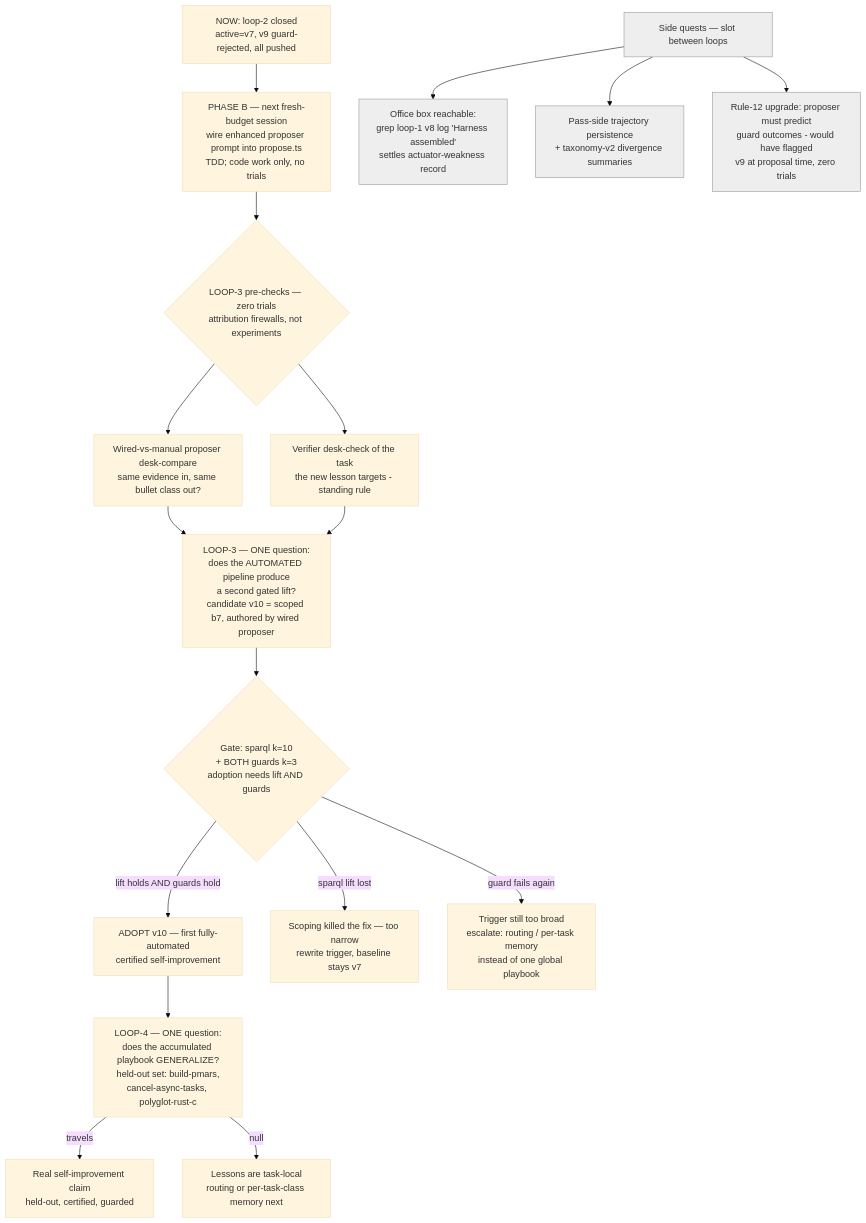
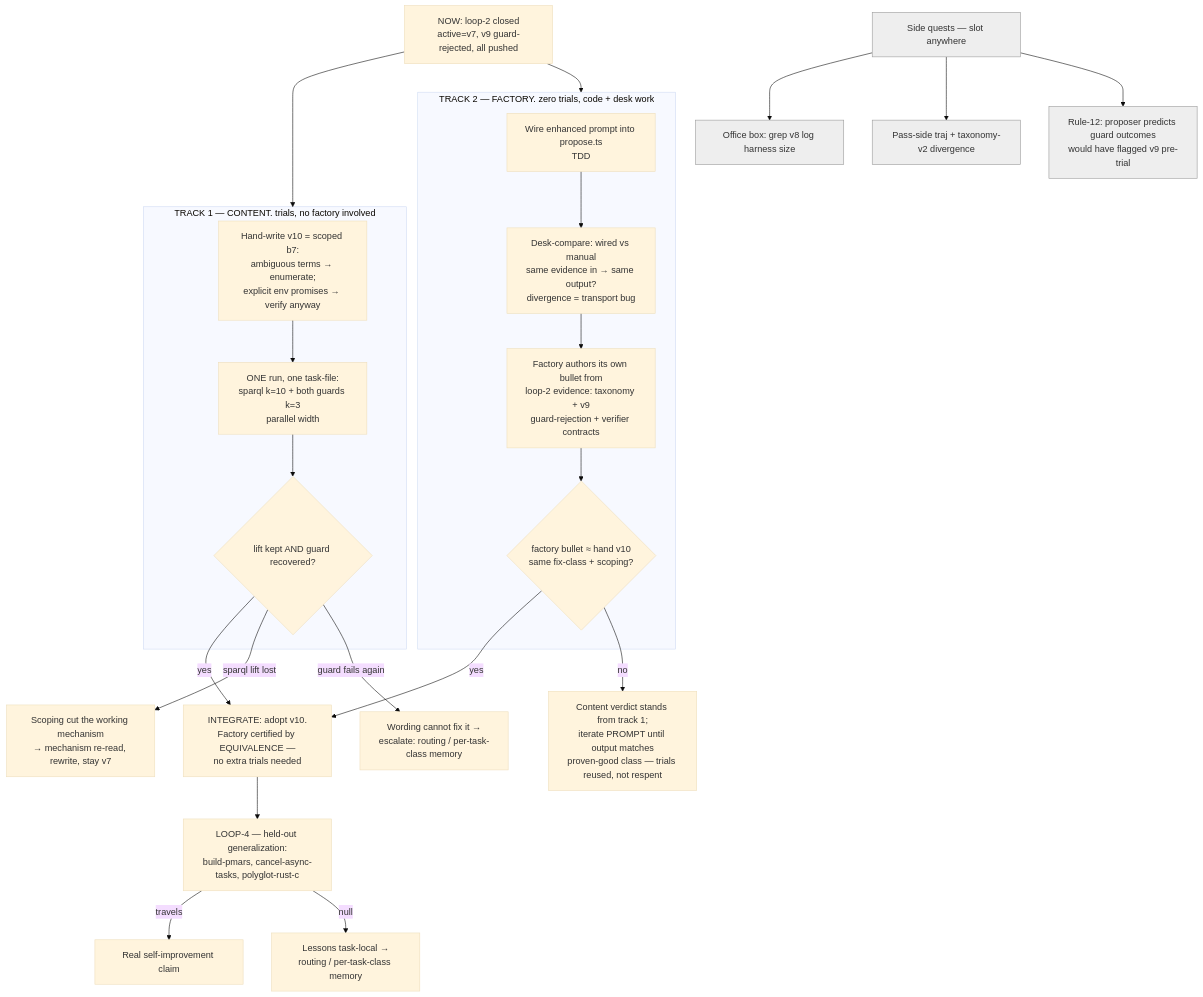
One commit to th-yoo/meta-harness changed the diagram in docs/loop-roadmap.md. Above: the diagram before and after it, drawn with Mermaid (base theme). The commit also changed other lines of this file, not shown here.

Commit message:
docs(roadmap): decompose loop-3 into parallel single-variable tracks
Track 1 = content (hand-scoped v10, one run: sparql k=10 + guards k=3).
Track 2 = factory (wire + desk-compare + equivalence check, zero trials).
Integration: adoption from track 1 only, factory certification from
track-2 equivalence only. Bundled design multiplied failure odds and
made nulls three-way ambiguous.

````diff
--- a/docs/loop-roadmap.md
+++ b/docs/loop-roadmap.md
@@ -23,23 +27,34 @@
 ```mermaid
 flowchart TD
-    A[NOW: loop-2 closed<br/>active=v7, v9 guard-rejected, all pushed] --> B[PHASE B — next fresh-budget session<br/>wire enhanced proposer prompt into propose.ts<br/>TDD; code work only, no trials]
-    B --> C{LOOP-3 pre-checks — zero trials<br/>attribution firewalls, not experiments}
-    C --> C1[Wired-vs-manual proposer desk-compare<br/>same evidence in, same bullet class out?]
-    C --> C2[Verifier desk-check of the task<br/>the new lesson targets - standing rule]
-    C1 --> D[LOOP-3 — ONE question:<br/>does the AUTOMATED pipeline produce<br/>a second gated lift?<br/>candidate v10 = scoped b7, authored by wired proposer]
-    C2 --> D
-    D --> E{Gate: sparql k=10<br/>+ BOTH guards k=3<br/>adoption needs lift AND guards}
-    E -->|lift holds AND guards hold| F[ADOPT v10 — first fully-automated<br/>certified self-improvement]
-    E -->|sparql lift lost| G[Scoping killed the fix — too narrow<br/>rewrite trigger, baseline stays v7]
-    E -->|guard fails again| H[Trigger still too broad<br/>escalate: routing / per-task memory<br/>instead of one global playbook]
-    F --> I[LOOP-4 — ONE question:<br/>does the accumulated playbook GENERALIZE?<br/>held-out set: build-pmars,<br/>cancel-async-tasks, polyglot-rust-c]
-    I -->|travels| J[Real self-improvement claim<br/>held-out, certified, guarded]
-    I -->|null| K[Lessons are task-local<br/>routing or per-task-class memory next]
+    A[NOW: loop-2 closed<br/>active=v7, v9 guard-rejected, all pushed] --> T1
+    A --> T2
 
-    S[Side quests — slot between loops]:::side
-    S --> S1[Office box reachable:<br/>grep loop-1 v8 log 'Harness assembled'<br/>settles actuator-weakness record]:::side
-    S --> S2[Pass-side trajectory persistence<br/>+ taxonomy-v2 divergence summaries]:::side
-    S --> S3[Rule-12 upgrade: proposer must predict<br/>guard outcomes - would have flagged<br/>v9 at proposal time, zero trials]:::side
+    subgraph T1 [TRACK 1 — CONTENT. trials, no factory involved]
+        T1a[Hand-write v10 = scoped b7:<br/>ambiguous terms → enumerate;<br/>explicit env promises → verify anyway] --> T1b[ONE run, one task-file:<br/>sparql k=10 + both guards k=3<br/>parallel width]
+        T1b --> T1c{lift kept AND guard recovered?}
+    end
+
+    subgraph T2 [TRACK 2 — FACTORY. zero trials, code + desk work]
+        T2a[Wire enhanced prompt into propose.ts<br/>TDD] --> T2b[Desk-compare: wired vs manual<br/>same evidence in → same output?<br/>divergence = transport bug]
+        T2b --> T2c[Factory authors its own bullet from<br/>loop-2 evidence: taxonomy + v9<br/>guard-rejection + verifier contracts]
+        T2c --> T2d{factory bullet ≈ hand v10<br/>same fix-class + scoping?}
+    end
+
+    T1c -->|yes| I1
+    T2d -->|yes| I1
+    I1[INTEGRATE: adopt v10.<br/>Factory certified by EQUIVALENCE —<br/>no extra trials needed] --> L4
+
+    T1c -->|sparql lift lost| G[Scoping cut the working mechanism<br/>→ mechanism re-read, rewrite, stay v7]
+    T1c -->|guard fails again| H[Wording cannot fix it →<br/>escalate: routing / per-task-class memory]
+    T2d -->|no| I2[Content verdict stands from track 1;<br/>iterate PROMPT until output matches<br/>proven-good class — trials reused, not respent]
+
+    L4[LOOP-4 — held-out generalization:<br/>build-pmars, cancel-async-tasks, polyglot-rust-c] -->|travels| J[Real self-improvement claim]
+    L4 -->|null| K[Lessons task-local →<br/>routing / per-task-class memory]
+
+    S[Side quests — slot anywhere]:::side
+    S --> S1[Office box: grep v8 log harness size]:::side
+    S --> S2[Pass-side traj + taxonomy-v2 divergence]:::side
+    S --> S3[Rule-12: proposer predicts guard outcomes<br/>would have flagged v9 pre-trial]:::side
 
     classDef side fill:#eeeeee,stroke:#999999,color:#333333
 ```
````
